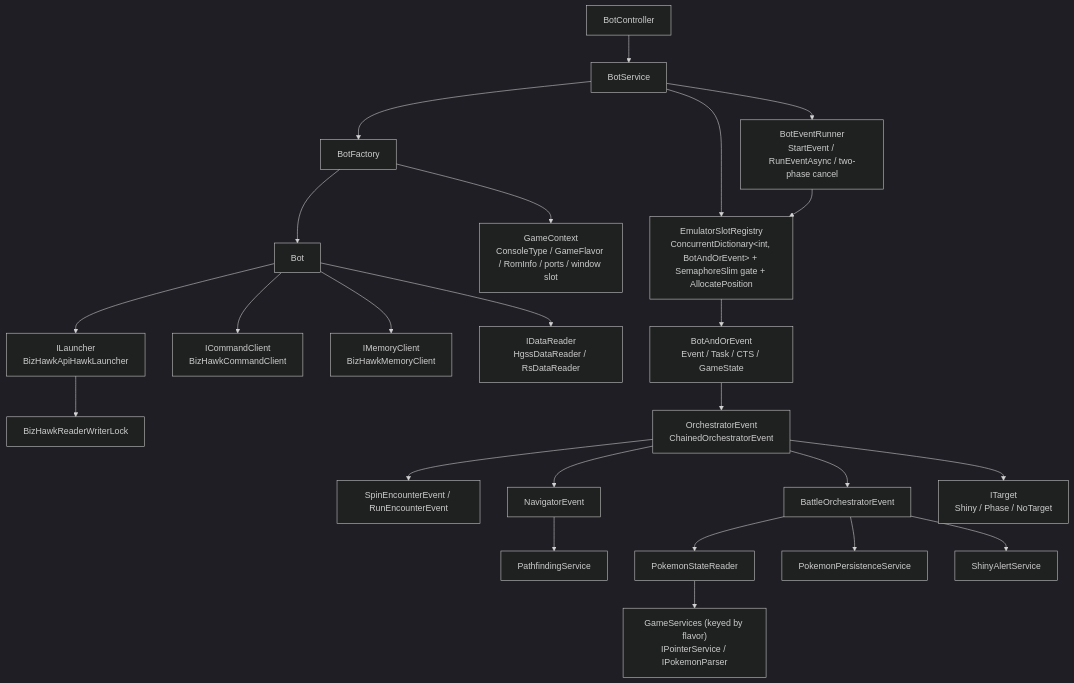
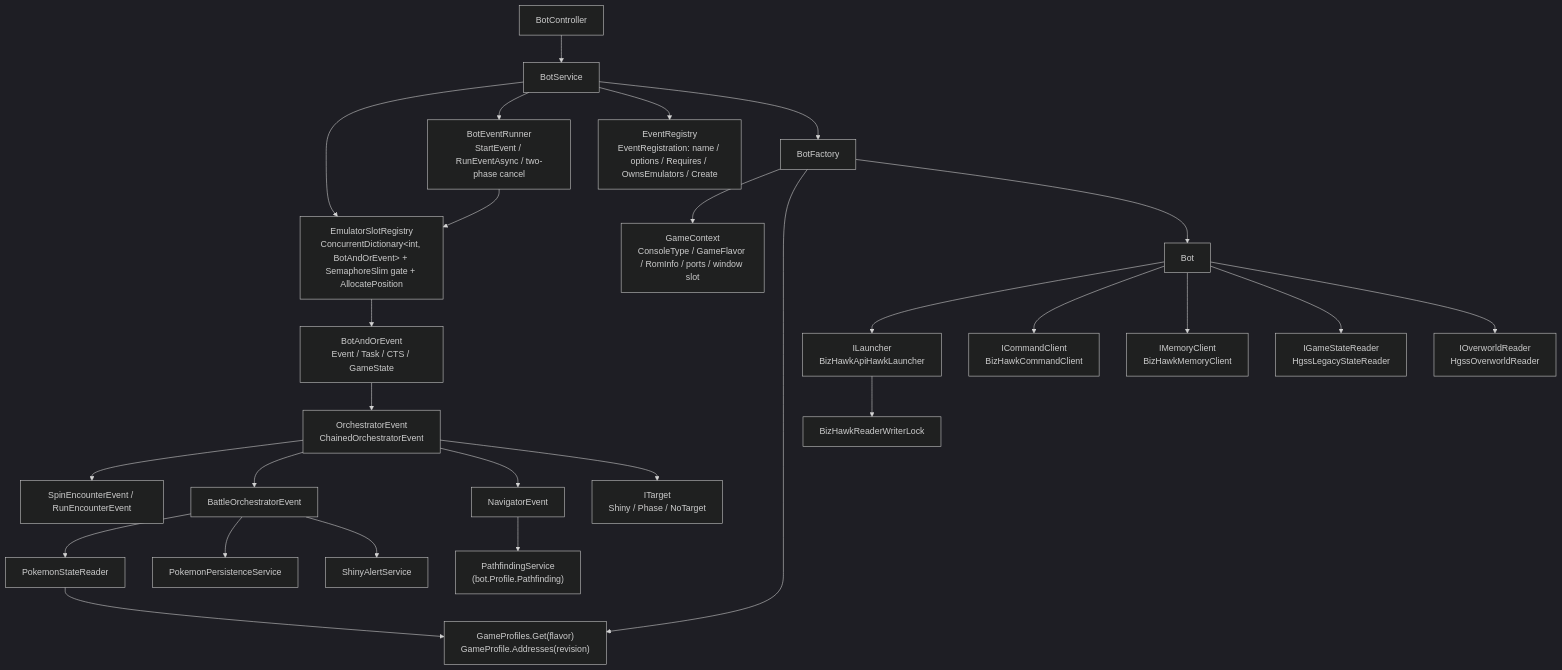
Before and after one commit to ppicinic/ShinyBotHunter: the second of 2 diagrams in docs/architecture/system-overview.md, drawn with Mermaid (dark theme). The commit also changed other lines of this file and 3 other files, not shown here.

Commit message:
Docs: game profile implemented; plan status and notes, architecture sections 4, 5, 7, 11, spec as-built marks (#118)

````diff
--- a/docs/architecture/system-overview.md
+++ b/docs/architecture/system-overview.md
@@ -116,24 +116,27 @@
 ```mermaid
 flowchart TD
   BC[BotController] --> BS[BotService]
   BS --> REG["EmulatorSlotRegistry<br/>ConcurrentDictionary&lt;int, BotAndOrEvent&gt; + SemaphoreSlim gate + AllocatePosition"]
   BS --> RUN["BotEventRunner<br/>StartEvent / RunEventAsync / two-phase cancel"]
   RUN --> REG
+  BS --> ER["EventRegistry<br/>EventRegistration: name / options / Requires / OwnsEmulators / Create"]
   BS --> BF[BotFactory]
   BF --> GC["GameContext<br/>ConsoleType / GameFlavor / RomInfo / ports / window slot"]
+  BF --> GP["GameProfiles.Get(flavor)<br/>GameProfile.Addresses(revision)"]
   BF --> Bot
   Bot --> L["ILauncher<br/>BizHawkApiHawkLauncher"]
   Bot --> CC["ICommandClient<br/>BizHawkCommandClient"]
   Bot --> MC["IMemoryClient<br/>BizHawkMemoryClient"]
-  Bot --> DR["IDataReader<br/>HgssDataReader / RsDataReader"]
+  Bot --> SR["IGameStateReader<br/>HgssLegacyStateReader"]
+  Bot --> OR["IOverworldReader<br/>HgssOverworldReader"]
   L --> RWL[BizHawkReaderWriterLock]
   REG --> BAE["BotAndOrEvent<br/>Event / Task / CTS / GameState"]
   BAE --> OE["OrchestratorEvent<br/>ChainedOrchestratorEvent"]
   OE --> ENC["SpinEncounterEvent / RunEncounterEvent"]
   OE --> BOE[BattleOrchestratorEvent]
-  OE --> NAV[NavigatorEvent] --> PF[PathfindingService]
-  BOE --> PSR[PokemonStateReader] --> GS["GameServices (keyed by flavor)<br/>IPointerService / IPokemonParser"]
+  OE --> NAV[NavigatorEvent] --> PF["PathfindingService<br/>(bot.Profile.Pathfinding)"]
+  BOE --> PSR[PokemonStateReader] --> GP
   BOE --> PP[PokemonPersistenceService]
   BOE --> SA[ShinyAlertService]
   OE --> T["ITarget<br/>Shiny / Phase / NoTarget"]
 ```
````
